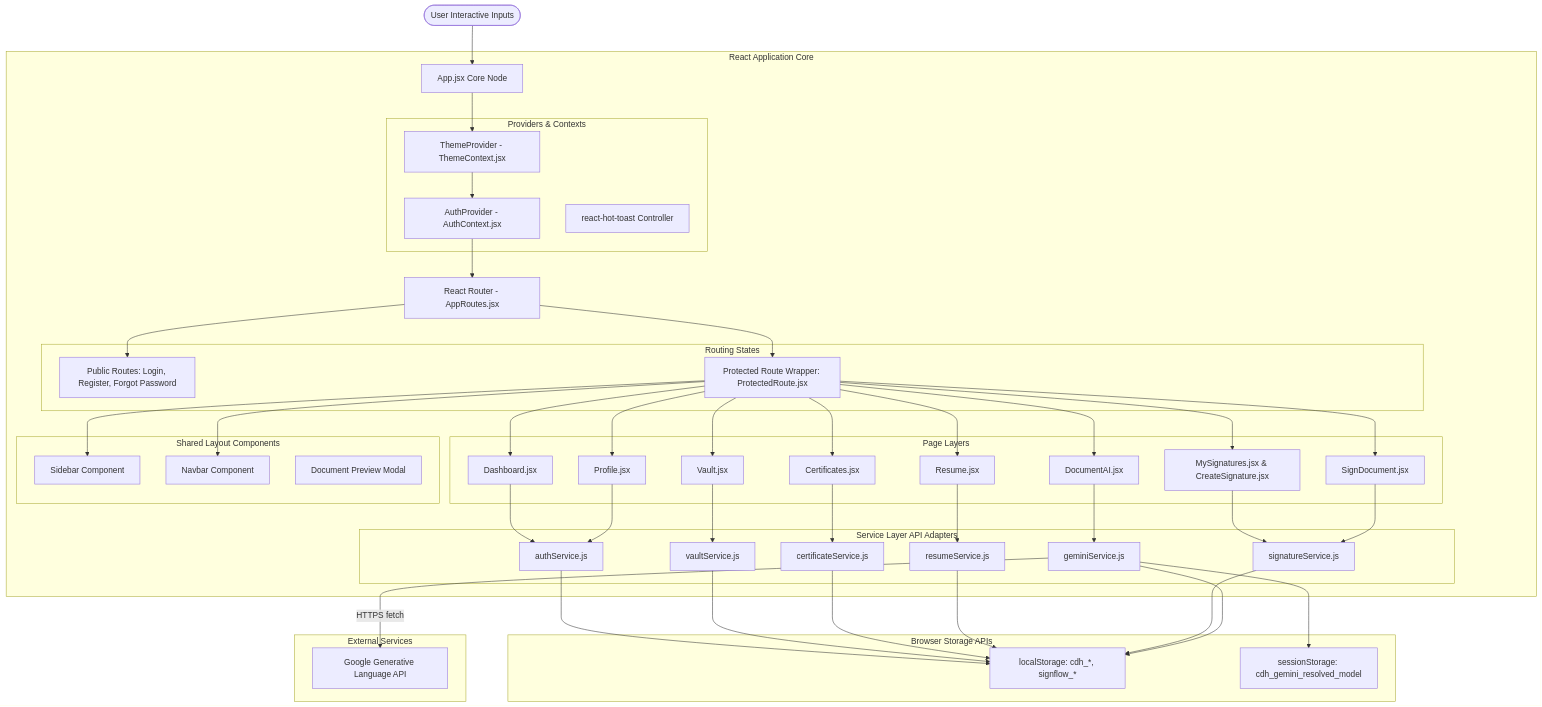
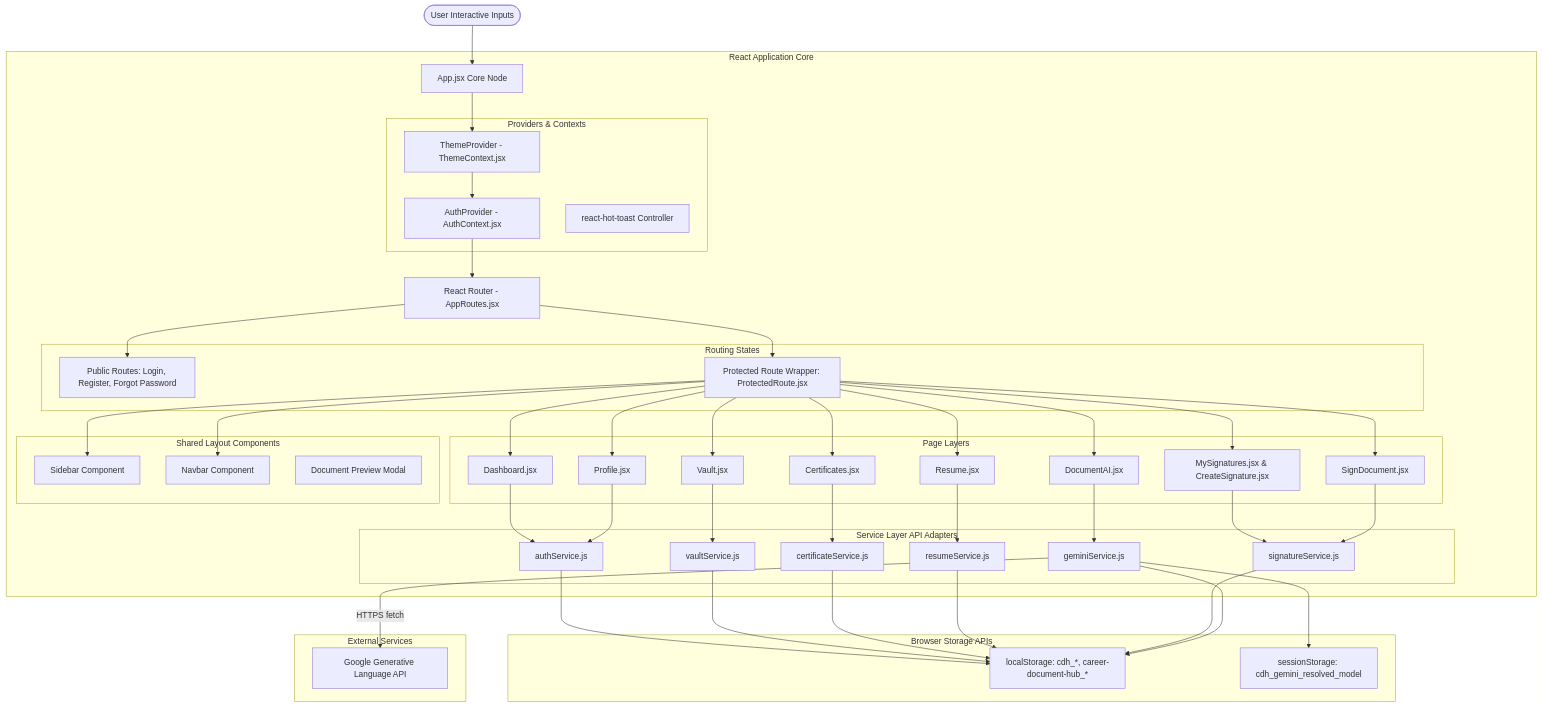
Before and after one commit to silent-knight-22/career-document-hub: the first of 13 diagrams in Frontend-Technical-Design.md, drawn with Mermaid. The commit also changed other lines of this file and 21 other files, not shown here.

Commit message:
feat: rebrand to career-document-hub, fix pdf signature loop, swap to groq API, and add signature customizer

```diff
--- a/Frontend-Technical-Design.md
+++ b/Frontend-Technical-Design.md
@@ -70,7 +70,7 @@
     end
     
     subgraph Browser Storage APIs
-        LS[localStorage: cdh_*, signflow_*]
+        LS[localStorage: cdh_*, career-document-hub_*]
         SS[sessionStorage: cdh_gemini_resolved_model]
     end
     
```
